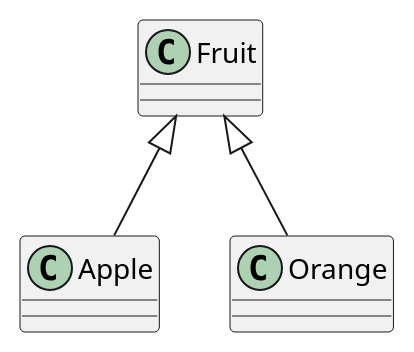
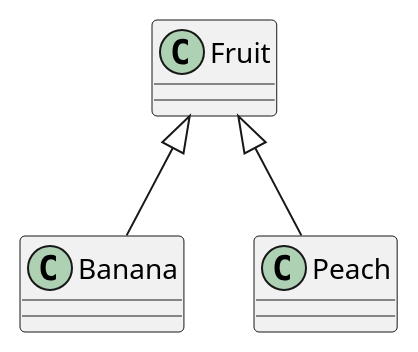
One commit to java-to-kotlin/book changed the diagram in text/src/diagrams/subtyping-multiple.plantuml. Above: the diagram before and after it, drawn with PlantUML. The commit also changed 6 other files, not shown here.

```diff
--- a/text/src/diagrams/subtyping-multiple.plantuml
+++ b/text/src/diagrams/subtyping-multiple.plantuml
@@ -1,6 +1,6 @@
 @startuml
 
-Fruit <|-- Apple
-Fruit <|-- Orange
+Fruit <|-- Banana
+Fruit <|-- Peach
 
 @enduml
```
